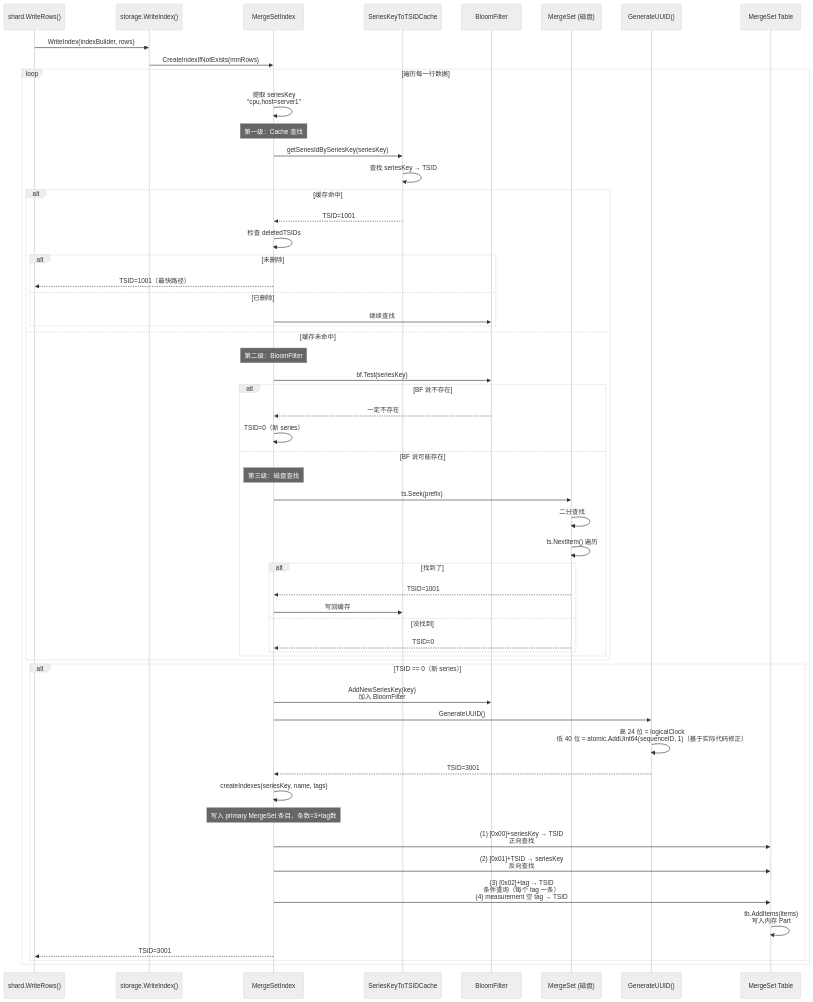
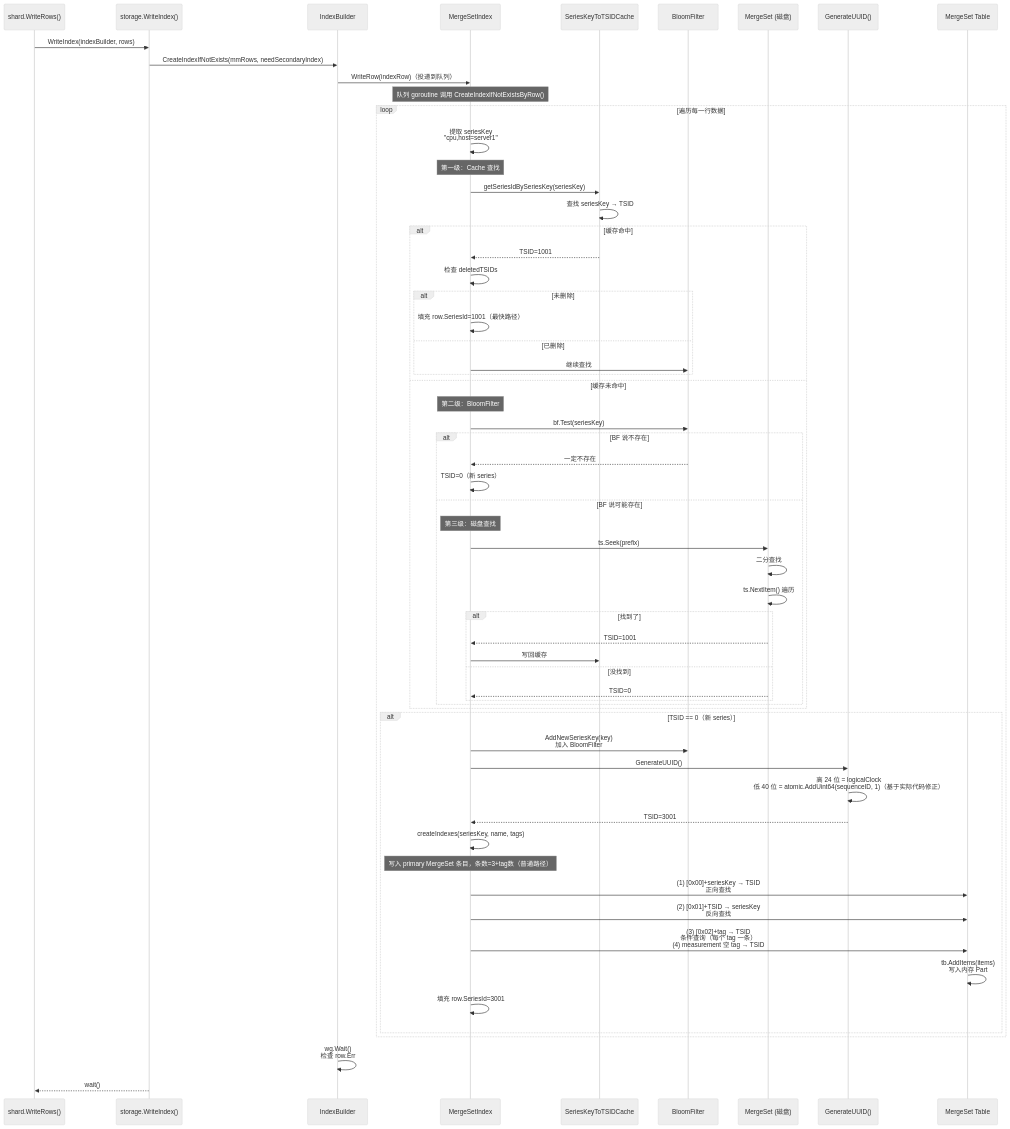
One commit to stefanv5/openGemini changed the seventh of 47 diagrams in docs/specs/02_index_system_spec.md. Above: the diagram before and after it, drawn with Mermaid (neutral theme). The commit also changed other lines of this file and 37 other files, not shown here.

````diff
--- a/docs/specs/02_index_system_spec.md
+++ b/docs/specs/02_index_system_spec.md
@@ -595,67 +608,72 @@
 ```mermaid
 sequenceDiagram
     participant Shard as shard.WriteRows()
     participant Storage as storage.WriteIndex()
+    participant IB as IndexBuilder
     participant MSI as MergeSetIndex
     participant Cache as SeriesKeyToTSIDCache
     participant BF as BloomFilter
     participant Disk as MergeSet (磁盘)
     participant UUID as GenerateUUID()
     participant Table as MergeSet Table
 
     Shard->>Storage: WriteIndex(indexBuilder, rows)
-    Storage->>MSI: CreateIndexIfNotExists(mmRows)
+    Storage->>IB: CreateIndexIfNotExists(mmRows, needSecondaryIndex)
+    IB->>MSI: WriteRow(indexRow)（投递到队列）
+    Note over MSI: 队列 goroutine 调用 CreateIndexIfNotExistsByRow()
 
     loop 遍历每一行数据
         MSI->>MSI: 提取 seriesKey<br/>"cpu,host=server1"
 
         Note over MSI: 第一级：Cache 查找
         MSI->>Cache: getSeriesIdBySeriesKey(seriesKey)
         Cache->>Cache: 查找 seriesKey → TSID
 
         alt 缓存命中
             Cache-->>MSI: TSID=1001
             MSI->>MSI: 检查 deletedTSIDs
             alt 未删除
-                MSI-->>Shard: TSID=1001（最快路径）
+                MSI->>MSI: 填充 row.SeriesId=1001（最快路径）
             else 已删除
                 MSI->>BF: 继续查找
             end
         else 缓存未命中
             Note over MSI: 第二级：BloomFilter
             MSI->>BF: bf.Test(seriesKey)
             alt BF 说不存在
                 BF-->>MSI: 一定不存在
                 MSI->>MSI: TSID=0（新 series）
             else BF 说可能存在
                 Note over MSI: 第三级：磁盘查找
                 MSI->>Disk: ts.Seek(prefix)
                 Disk->>Disk: 二分查找
                 Disk->>Disk: ts.NextItem() 遍历
                 alt 找到了
                     Disk-->>MSI: TSID=1001
                     MSI->>Cache: 写回缓存
                 else 没找到
                     Disk-->>MSI: TSID=0
                 end
             end
         end
 
         alt TSID == 0（新 series）
             MSI->>BF: AddNewSeriesKey(key)<br/>加入 BloomFilter
             MSI->>UUID: GenerateUUID()
             UUID->>UUID: 高 24 位 = logicalClock<br/>低 40 位 = atomic.AddUint64(sequenceID, 1)（基于实际代码修正）
             UUID-->>MSI: TSID=3001
 
             MSI->>MSI: createIndexes(seriesKey, name, tags)
 
-            Note over MSI: 写入 primary MergeSet 条目，条数=3+tag数
+            Note over MSI: 写入 primary MergeSet 条目，条数=3+tag数（普通路径）
             MSI->>Table: (1) [0x00]+seriesKey → TSID<br/>正向查找
             MSI->>Table: (2) [0x01]+TSID → seriesKey<br/>反向查找
             MSI->>Table: (3) [0x02]+tag → TSID<br/>条件查询（每个 tag 一条）<br/>(4) measurement 空 tag → TSID
 
             Table->>Table: tb.AddItems(items)<br/>写入内存 Part
-            MSI-->>Shard: TSID=3001
+            MSI->>MSI: 填充 row.SeriesId=3001
         end
     end
+    IB->>IB: wg.Wait()<br/>检查 row.Err
+    Storage-->>Shard: wait()
 ```
````
